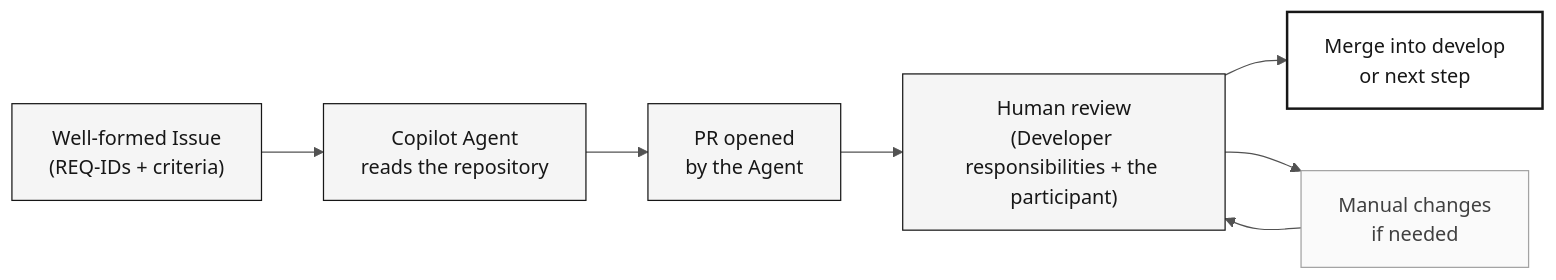
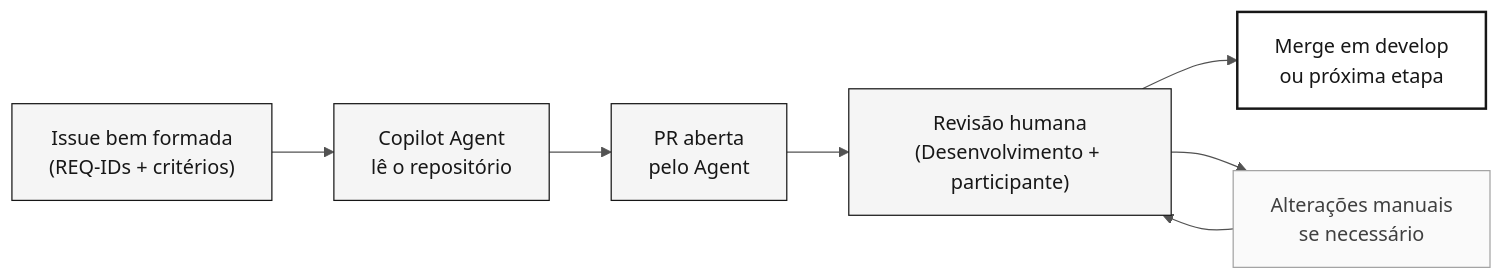
Before and after one commit to serpro-workshop-floripa/sifap-workshop-paula-00: the diagram in 04-evolution/GUIDE.md, drawn with Mermaid. The commit also changed other lines of this file and 6 other files, not shown here.

````diff
--- a/04-evolution/GUIDE.md
+++ b/04-evolution/GUIDE.md
@@ -45,14 +46,14 @@
 ```mermaid
 %%{init: {'theme':'neutral','themeVariables':{'fontFamily':'ui-sans-serif, system-ui, sans-serif','primaryColor':'#F5F5F5','primaryTextColor':'#171717','primaryBorderColor':'#171717','lineColor':'#525252','secondaryColor':'#FFFFFF','tertiaryColor':'#FAFAFA','background':'#FFFFFF'}}}%%
 flowchart LR
     classDef step fill:#F5F5F5,stroke:#171717,color:#171717
     classDef result fill:#FFFFFF,stroke:#171717,color:#171717,stroke-width:2px
     classDef muted fill:#FAFAFA,stroke:#A3A3A3,color:#404040
 
-    A["Well-formed Issue<br/>(REQ-IDs + criteria)"]:::step --> B["Copilot Agent<br/>reads the repository"]:::step
-    B --> C["PR opened<br/>by the Agent"]:::step
-    C --> D["Human review<br/>(Developer responsibilities + the participant)"]:::step
-    D --> E["Merge into develop<br/>or next step"]:::result
-    D --> F["Manual changes<br/>if needed"]:::muted
+    A["Issue bem formada<br/>(REQ-IDs + critérios)"]:::step --> B["Copilot Agent<br/>lê o repositório"]:::step
+    B --> C["PR aberta<br/>pelo Agent"]:::step
+    C --> D["Revisão humana<br/>(Desenvolvimento + participante)"]:::step
+    D --> E["Merge em develop<br/>ou próxima etapa"]:::result
+    D --> F["Alterações manuais<br/>se necessário"]:::muted
     F --> D
 ```
````
